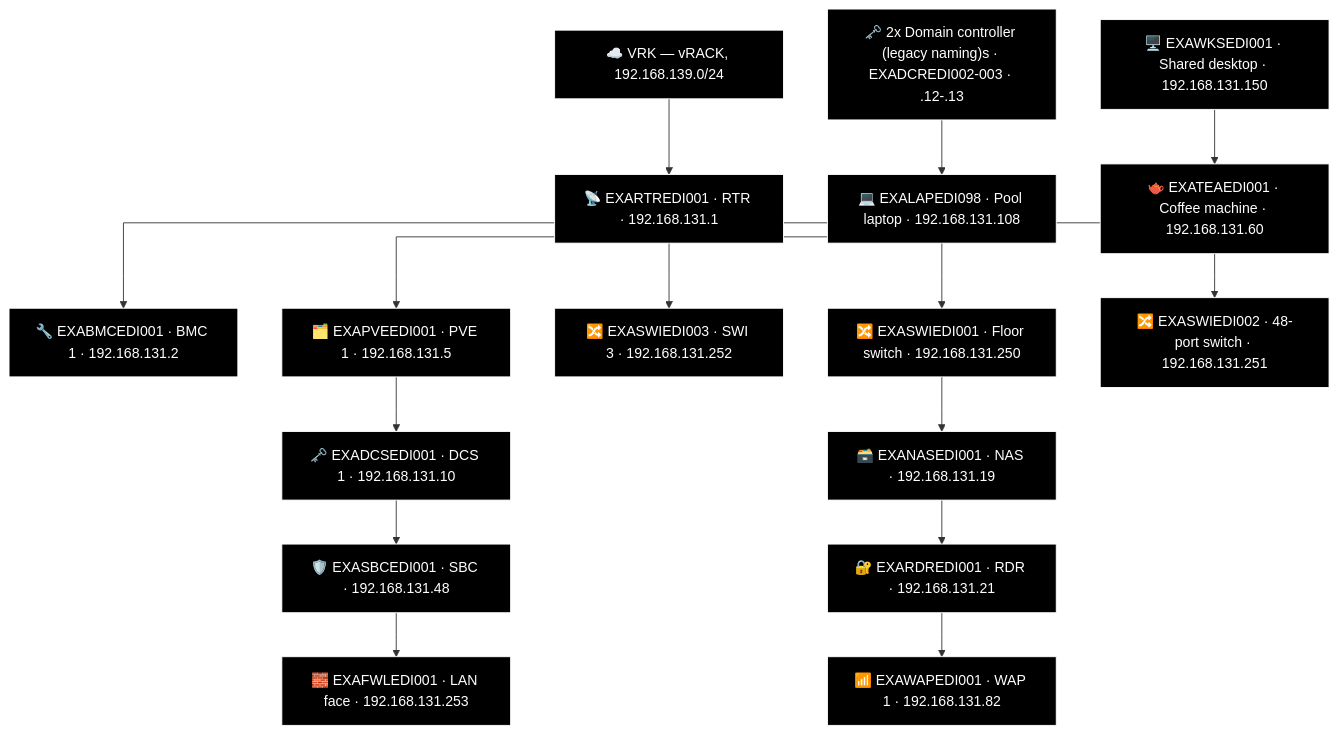
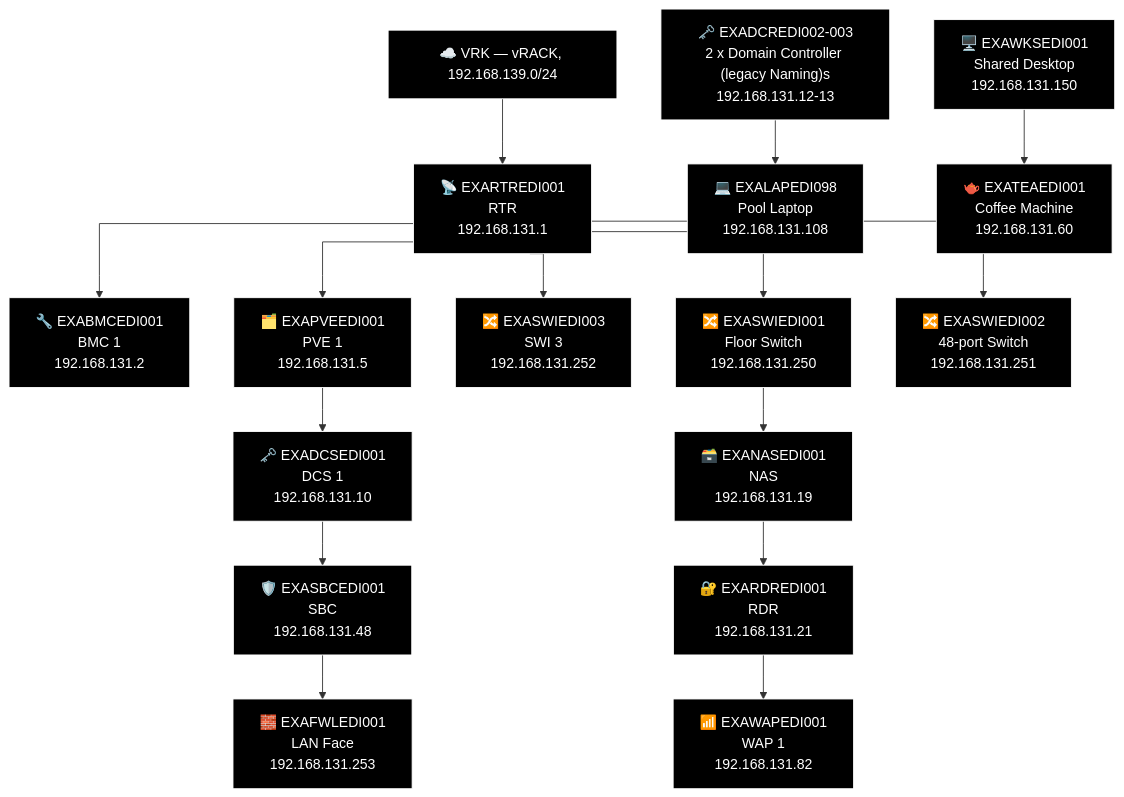
One commit to knightmare2600/example_music_infra changed the fourth of 14 diagrams in docs/network-diagram/scotland.md. Above: the diagram before and after it, drawn with Mermaid. The commit also changed other lines of this file and 18 other files, not shown here.

````diff
--- a/docs/network-diagram/scotland.md
+++ b/docs/network-diagram/scotland.md
@@ -237,50 +237,50 @@
 ```mermaid
 %% GENERATED:TOPOLOGY:EDI:START
 %%{init: {'flowchart': {'curve': 'stepAfter'}}}%%
 graph TD
     T_VRK["☁️ VRK — vRACK, 192.168.139.0/24"]
-    T_RTR["📡 EXARTREDI001 · RTR · 192.168.131.1"]
+    T_RTR["📡 EXARTREDI001<br/>RTR<br/>192.168.131.1"]
     T_VRK --> T_RTR
-    T_BMC["🔧 EXABMCEDI001 · BMC 1 · 192.168.131.2"]
+    T_BMC["🔧 EXABMCEDI001<br/>BMC 1<br/>192.168.131.2"]
     T_RTR --> T_BMC
-    T_PVE["🗂️ EXAPVEEDI001 · PVE 1 · 192.168.131.5"]
+    T_PVE["🗂️ EXAPVEEDI001<br/>PVE 1<br/>192.168.131.5"]
     T_RTR --> T_PVE
-    T_SWI["🔀 EXASWIEDI003 · SWI 3 · 192.168.131.252"]
+    T_SWI["🔀 EXASWIEDI003<br/>SWI 3<br/>192.168.131.252"]
     T_RTR --> T_SWI
-    T_SWI2["🔀 EXASWIEDI001 · Floor switch · 192.168.131.250"]
+    T_SWI2["🔀 EXASWIEDI001<br/>Floor Switch<br/>192.168.131.250"]
     T_RTR --> T_SWI2
-    T_SWI3["🔀 EXASWIEDI002 · 48-port switch · 192.168.131.251"]
+    T_SWI3["🔀 EXASWIEDI002<br/>48-port Switch<br/>192.168.131.251"]
     T_RTR --> T_SWI3
-    T_NAS["🗃️ EXANASEDI001 · NAS · 192.168.131.19"]
-    T_RDR["🔐 EXARDREDI001 · RDR · 192.168.131.21"]
-    T_WAP["📶 EXAWAPEDI001 · WAP 1 · 192.168.131.82"]
+    T_NAS["🗃️ EXANASEDI001<br/>NAS<br/>192.168.131.19"]
+    T_RDR["🔐 EXARDREDI001<br/>RDR<br/>192.168.131.21"]
+    T_WAP["📶 EXAWAPEDI001<br/>WAP 1<br/>192.168.131.82"]
     T_SWI2 --> T_NAS --> T_RDR --> T_WAP
-    T_DCS["🗝️ EXADCSEDI001 · DCS 1 · 192.168.131.10"]
-    T_SBC["🛡️ EXASBCEDI001 · SBC · 192.168.131.48"]
-    T_FWL["🧱 EXAFWLEDI001 · LAN face · 192.168.131.253"]
+    T_DCS["🗝️ EXADCSEDI001<br/>DCS 1<br/>192.168.131.10"]
+    T_SBC["🛡️ EXASBCEDI001<br/>SBC<br/>192.168.131.48"]
+    T_FWL["🧱 EXAFWLEDI001<br/>LAN Face<br/>192.168.131.253"]
     T_PVE --> T_DCS --> T_SBC --> T_FWL
-    T_OTH_DCR["🗝️ 2x Domain controller (legacy naming)s · EXADCREDI002-003 · .12-.13"]
-    T_WKS["🖥️ EXAWKSEDI001 · Shared desktop · 192.168.131.150"]
-    T_LAP["💻 EXALAPEDI098 · Pool laptop · 192.168.131.108"]
-    T_TEA["🫖 EXATEAEDI001 · Coffee machine · 192.168.131.60"]
+    T_OTH_DCR["🗝️ EXADCREDI002-003<br/>2 x Domain Controller (legacy Naming)s<br/>192.168.131.12-13"]
+    T_WKS["🖥️ EXAWKSEDI001<br/>Shared Desktop<br/>192.168.131.150"]
+    T_LAP["💻 EXALAPEDI098<br/>Pool Laptop<br/>192.168.131.108"]
+    T_TEA["🫖 EXATEAEDI001<br/>Coffee Machine<br/>192.168.131.60"]
     T_OTH_DCR --> T_LAP
     T_WKS --> T_TEA
     style T_VRK fill:#000000,stroke:#FFFFFF,color:#FFFFFF
     style T_RTR fill:#000000,stroke:#FFFFFF,color:#FFFFFF
     style T_BMC fill:#000000,stroke:#FFFFFF,color:#FFFFFF
     style T_PVE fill:#000000,stroke:#FFFFFF,color:#FFFFFF
     style T_SWI fill:#000000,stroke:#FFFFFF,color:#FFFFFF
     style T_SWI2 fill:#000000,stroke:#FFFFFF,color:#FFFFFF
     style T_SWI3 fill:#000000,stroke:#FFFFFF,color:#FFFFFF
     style T_NAS fill:#000000,stroke:#FFFFFF,color:#FFFFFF
     style T_RDR fill:#000000,stroke:#FFFFFF,color:#FFFFFF
     style T_WAP fill:#000000,stroke:#FFFFFF,color:#FFFFFF
     style T_DCS fill:#000000,stroke:#FFFFFF,color:#FFFFFF
     style T_SBC fill:#000000,stroke:#FFFFFF,color:#FFFFFF
     style T_FWL fill:#000000,stroke:#FFFFFF,color:#FFFFFF
     style T_OTH_DCR fill:#000000,stroke:#FFFFFF,color:#FFFFFF
     style T_WKS fill:#000000,stroke:#FFFFFF,color:#FFFFFF
     style T_LAP fill:#000000,stroke:#FFFFFF,color:#FFFFFF
     style T_TEA fill:#000000,stroke:#FFFFFF,color:#FFFFFF
 %% GENERATED:TOPOLOGY:EDI:END
 ```
````
